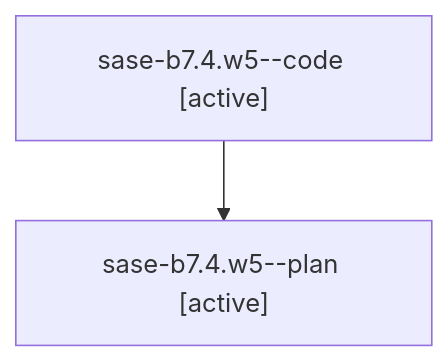
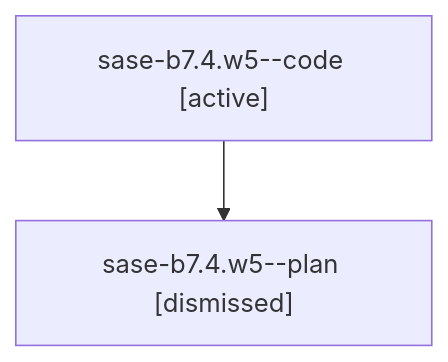
One commit to sase-org/sase--agents changed the diagram in sessions/bbugyi200.athena.sase-b7.4.w5.md. Above: the diagram before and after it, drawn with Mermaid. The commit also changed other lines of this file and 118 other files, not shown here.

````diff
--- a/sessions/bbugyi200.athena.sase-b7.4.w5.md
+++ b/sessions/bbugyi200.athena.sase-b7.4.w5.md
@@ -9,6 +9,6 @@
 ```mermaid
 flowchart TD
   n0["sase-b7.4.w5--code [active]"]
-  n1["sase-b7.4.w5--plan [active]"]
+  n1["sase-b7.4.w5--plan [dismissed]"]
   n0 --> n1
 ```
````
